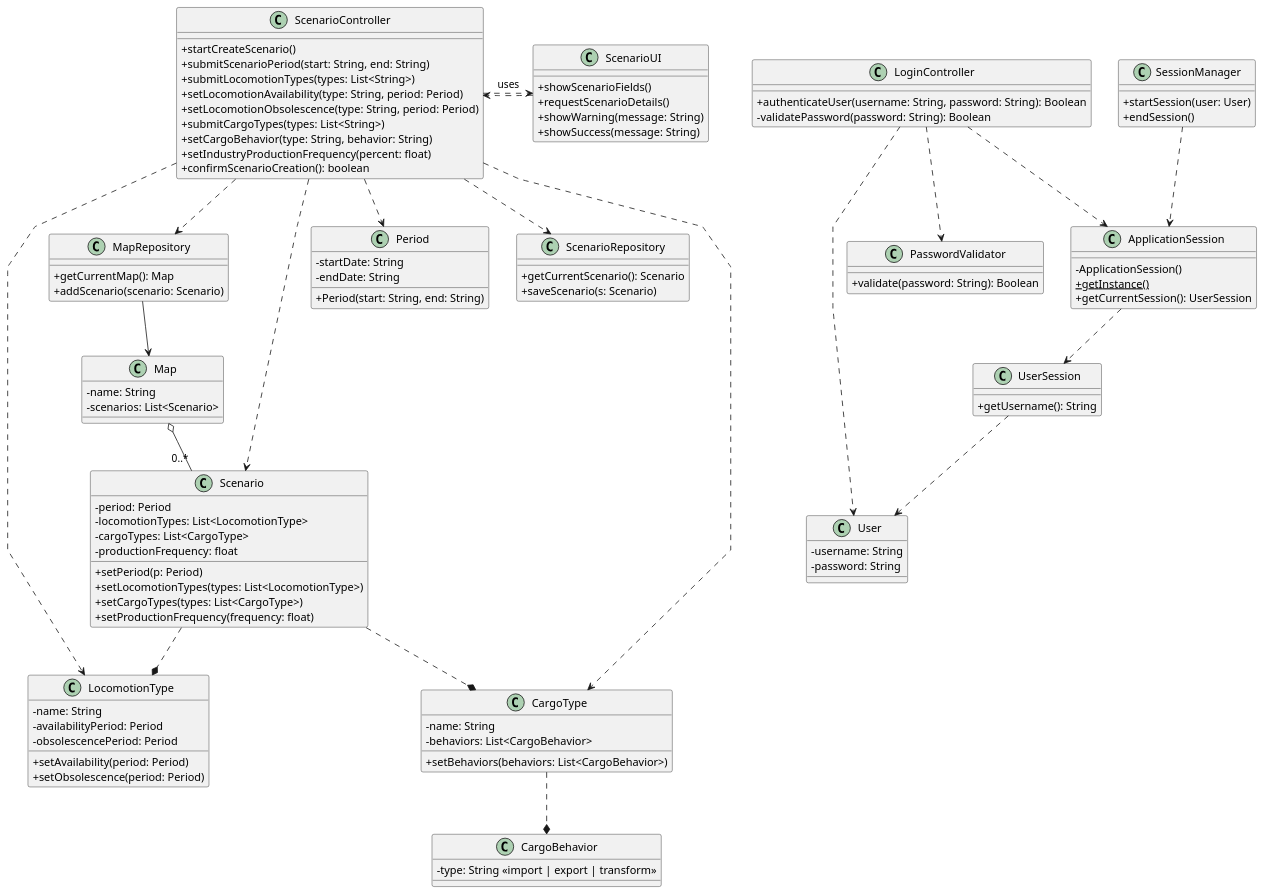
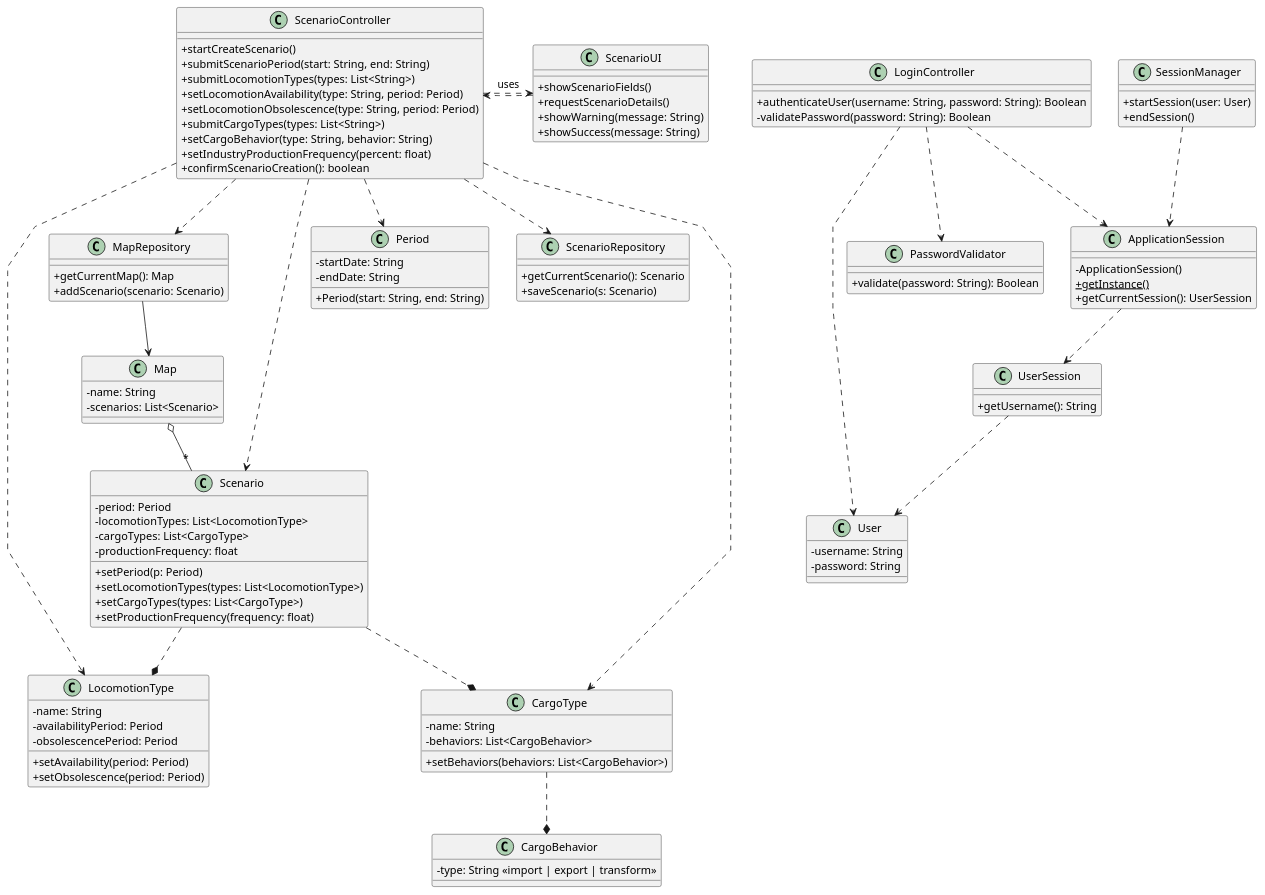
The diagram in docs/system-documentation/US004/03.design/puml/US004-CD.puml (1240826/empire-on-tracks), drawn with PlantUML before and after one commit. The commit also changed 6 other files, not shown here.

```diff
--- a/docs/system-documentation/US004/03.design/puml/US004-CD.puml
+++ b/docs/system-documentation/US004/03.design/puml/US004-CD.puml
@@ -1,131 +1,131 @@
 @startuml
 skinparam packageStyle rectangle
 skinparam shadowing false
 skinparam linetype polyline
 skinparam classAttributeIconSize 0
 
 ' AUTENTICAÇÃO
 class "LoginController" {
     + authenticateUser(username: String, password: String): Boolean
     - validatePassword(password: String): Boolean
 }
 
 class "User" {
     - username: String
     - password: String
 }
 
 class "PasswordValidator" {
     + validate(password: String): Boolean
 }
 
 class "ApplicationSession" {
     - ApplicationSession()
     + {static} getInstance()
     + getCurrentSession(): UserSession
 }
 
 class "UserSession" {
     + getUsername(): String
 }
 
 class "SessionManager" {
     + startSession(user: User)
     + endSession()
 }
 
 LoginController ..> User
 LoginController ..> PasswordValidator
 LoginController ..> ApplicationSession
 ApplicationSession ..> UserSession
 UserSession ..> User
 SessionManager ..> ApplicationSession
 
 ' CENÁRIO
 class "Scenario" {
     - period: Period
     - locomotionTypes: List<LocomotionType>
     - cargoTypes: List<CargoType>
     - productionFrequency: float
     + setPeriod(p: Period)
     + setLocomotionTypes(types: List<LocomotionType>)
     + setCargoTypes(types: List<CargoType>)
     + setProductionFrequency(frequency: float)
 }
 
 class "LocomotionType" {
     - name: String
     - availabilityPeriod: Period
     - obsolescencePeriod: Period
     + setAvailability(period: Period)
     + setObsolescence(period: Period)
 }
 
 class "CargoType" {
     - name: String
     - behaviors: List<CargoBehavior>
     + setBehaviors(behaviors: List<CargoBehavior>)
 }
 
 class "CargoBehavior" {
     - type: String «import | export | transform»
 }
 
 class "Period" {
     - startDate: String
     - endDate: String
     + Period(start: String, end: String)
 }
 
 class "ScenarioController" {
     + startCreateScenario()
     + submitScenarioPeriod(start: String, end: String)
     + submitLocomotionTypes(types: List<String>)
     + setLocomotionAvailability(type: String, period: Period)
     + setLocomotionObsolescence(type: String, period: Period)
     + submitCargoTypes(types: List<String>)
     + setCargoBehavior(type: String, behavior: String)
     + setIndustryProductionFrequency(percent: float)
     + confirmScenarioCreation(): boolean
 }
 
 class "ScenarioUI" {
     + showScenarioFields()
     + requestScenarioDetails()
     + showWarning(message: String)
     + showSuccess(message: String)
 }
 
 class "ScenarioRepository" {
     + getCurrentScenario(): Scenario
     + saveScenario(s: Scenario)
 }
 
 class "MapRepository" {
     + getCurrentMap(): Map
     + addScenario(scenario: Scenario)
 }
 
 class "Map" {
     - name: String
     - scenarios: List<Scenario>
 }
 
 ' Relações
 ScenarioController ..> Scenario
 ScenarioController ..> Period
 ScenarioController ..> LocomotionType
 ScenarioController ..> CargoType
 ScenarioController ..> ScenarioRepository
 ScenarioController ..> MapRepository
 ScenarioController .down.> ScenarioUI : uses
 
 Scenario ..* LocomotionType
 Scenario ..* CargoType
 CargoType ..* CargoBehavior
 MapRepository --> Map
-Map o-- "0..*" Scenario
+Map o-- "*" Scenario
 
 ScenarioUI .> ScenarioController
 
 @enduml
```
